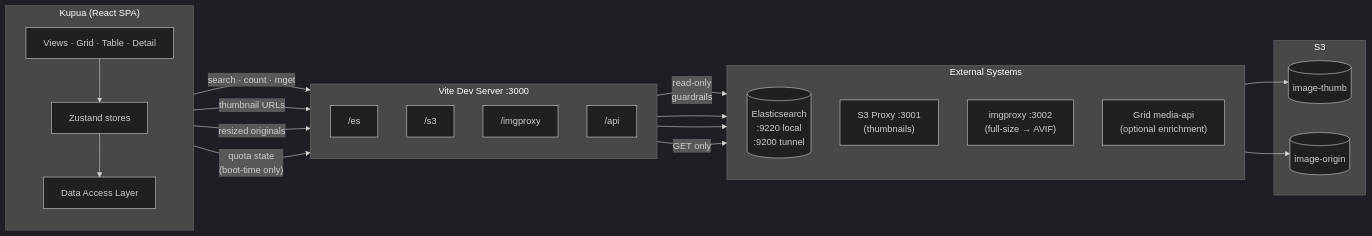
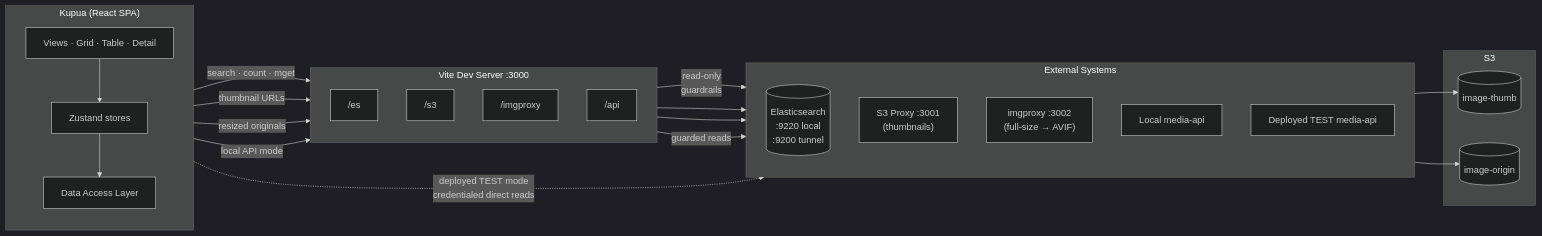
The diagram in kupua/README.md (guardian/grid), drawn with Mermaid (dark theme) before and after one commit. The commit also changed other lines of this file and 35 other files, not shown here.

First line of the commit message:
Add deployed TEST media-api measurement mode

````diff
--- a/kupua/README.md
+++ b/kupua/README.md
@@ -117,44 +119,46 @@
 ```mermaid
 flowchart LR
     subgraph Browser["Kupua (React SPA)"]
         direction TB
         UI["Views · Grid · Table · Detail"]
         Stores["Zustand stores"]
         DAL["Data Access Layer"]
         UI --> Stores --> DAL
     end
 
     subgraph Vite["Vite Dev Server :3000"]
         direction TB
         P1["/es"]
         P2["/s3"]
         P3["/imgproxy"]
         P4["/api"]
     end
 
     subgraph External["External Systems"]
         direction TB
         ES[("Elasticsearch\n:9220 local\n:9200 tunnel")]
         S3T["S3 Proxy :3001\n(thumbnails)"]
         IMG["imgproxy :3002\n(full-size → AVIF)"]
-        API["Grid media-api\n(optional enrichment)"]
+        APIL["Local media-api"]
+        APIT["Deployed TEST media-api"]
     end
 
     subgraph S3["S3"]
         S3T_B[("image-thumb")]
         S3O_B[("image-origin")]
     end
 
     DAL -- "search · count · mget" --> P1
     DAL -- "thumbnail URLs" --> P2
     DAL -- "resized originals" --> P3
-    DAL -- "quota state\n(boot-time only)" --> P4
+    DAL -- "local API mode" --> P4
+    DAL -. "deployed TEST mode\ncredentialed direct reads" .-> APIT
 
     P1 -- "read-only\nguardrails" --> ES
     P2 --> S3T
     P3 --> IMG
-    P4 -- "GET only" --> API
+    P4 -- "guarded reads" --> APIL
 
     S3T --> S3T_B
     IMG --> S3O_B
 ```
````
